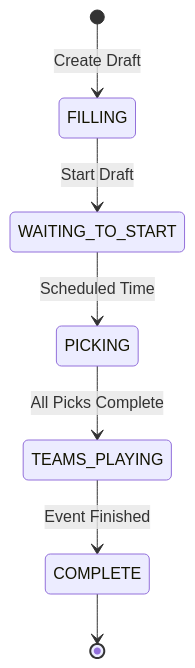
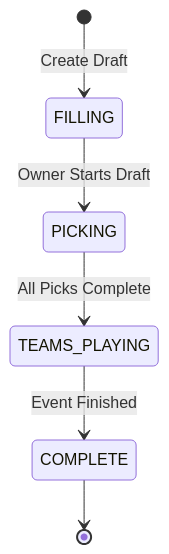
The first of 15 diagrams in docs/business-logic/draft-states-visual.md (squirlemaster42/fantasy-frc-web), drawn with Mermaid before and after one commit. The commit also changed other lines of this file and 28 other files, not shown here.

````diff
--- a/docs/business-logic/draft-states-visual.md
+++ b/docs/business-logic/draft-states-visual.md
@@ -7,9 +7,8 @@
 ```mermaid
 stateDiagram-v2
     [*] --> FILLING: Create Draft
-    FILLING --> WAITING_TO_START: Start Draft
-    WAITING_TO_START --> PICKING: Scheduled Time
+    FILLING --> PICKING: Owner Starts Draft
     PICKING --> TEAMS_PLAYING: All Picks Complete
     TEAMS_PLAYING --> COMPLETE: Event Finished
     COMPLETE --> [*]
 ```
````
